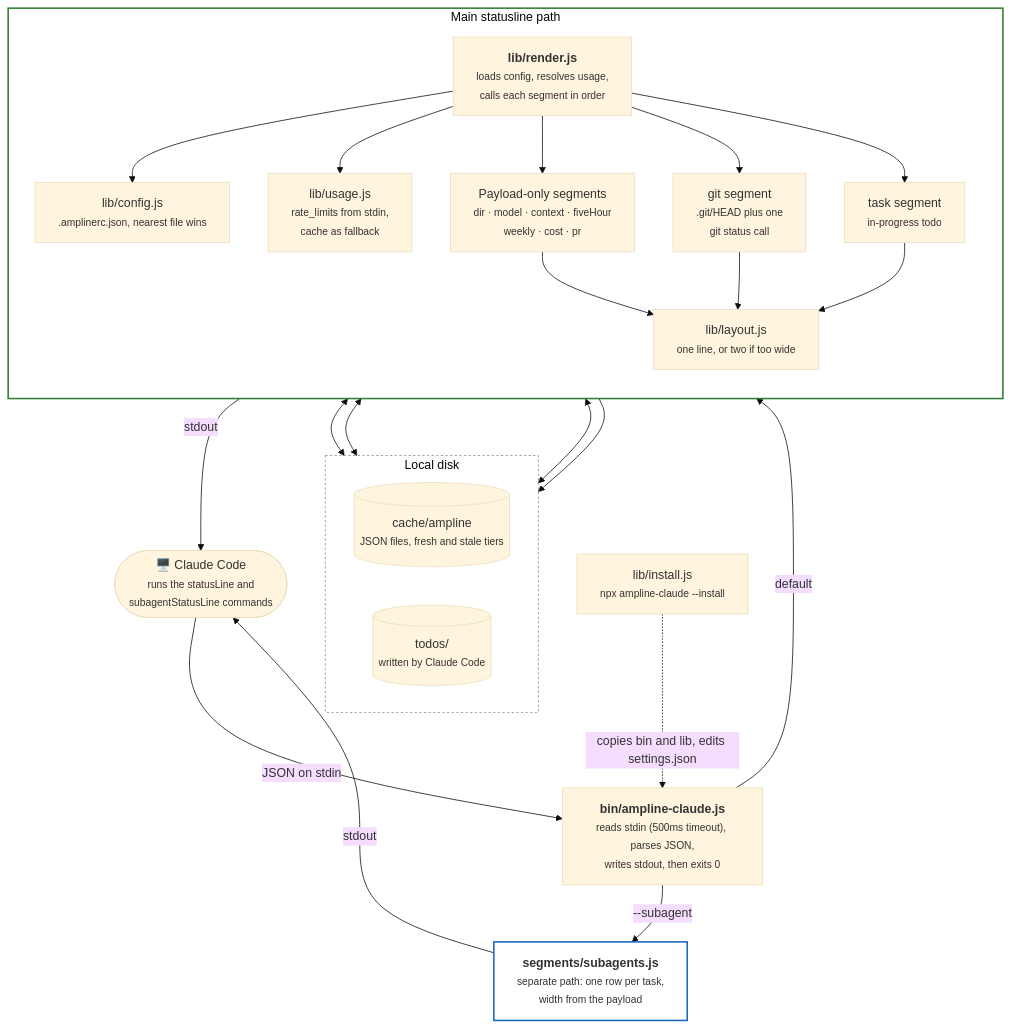
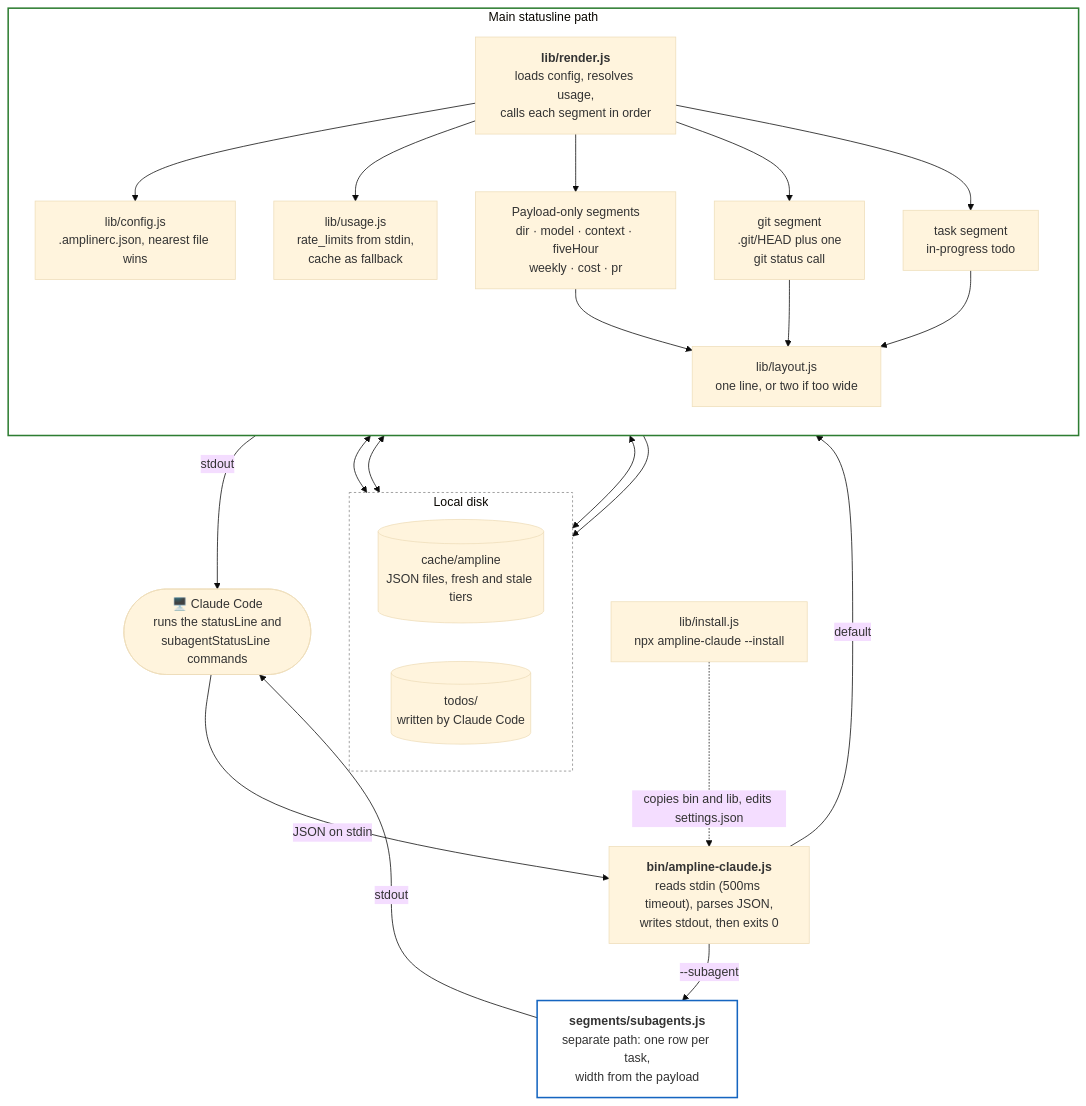
One commit to carterptull/ampline-claude changed the diagram in diagrams/overview.md. Above: the diagram before and after it, drawn with Mermaid (base theme).

Commit message:
docs: drop small tags from overview diagram to avoid clipped labels

````diff
--- a/diagrams/overview.md
+++ b/diagrams/overview.md
@@ -8,50 +8,50 @@
 ```mermaid
 flowchart TB
-    cc(["🖥️ Claude Code<br/><small>runs the statusLine and<br/>subagentStatusLine commands</small>"])
+    cc(["🖥️ Claude Code<br/>runs the statusLine and<br/>subagentStatusLine commands"])
 
-    bin["<b>bin/ampline-claude.js</b><br/><small>reads stdin (500ms timeout), parses JSON,<br/>writes stdout, then exits 0</small>"]
+    bin["<b>bin/ampline-claude.js</b><br/>reads stdin (500ms timeout), parses JSON,<br/>writes stdout, then exits 0"]
 
     subgraph main["Main statusline path"]
         direction TB
-        render["<b>lib/render.js</b><br/><small>loads config, resolves usage,<br/>calls each segment in order</small>"]
-        cfg["lib/config.js<br/><small>.amplinerc.json, nearest file wins</small>"]
-        usage["lib/usage.js<br/><small>rate_limits from stdin,<br/>cache as fallback</small>"]
-        pure["Payload-only segments<br/><small>dir · model · context · fiveHour<br/>weekly · cost · pr</small>"]
-        gitseg["git segment<br/><small>.git/HEAD plus one<br/>git status call</small>"]
-        taskseg["task segment<br/><small>in-progress todo</small>"]
-        layout["lib/layout.js<br/><small>one line, or two if too wide</small>"]
+        render["<b>lib/render.js</b><br/>loads config, resolves usage,<br/>calls each segment in order"]
+        cfg["lib/config.js<br/>.amplinerc.json, nearest file wins"]
+        usage["lib/usage.js<br/>rate_limits from stdin,<br/>cache as fallback"]
+        pure["Payload-only segments<br/>dir · model · context · fiveHour<br/>weekly · cost · pr"]
+        gitseg["git segment<br/>.git/HEAD plus one<br/>git status call"]
+        taskseg["task segment<br/>in-progress todo"]
+        layout["lib/layout.js<br/>one line, or two if too wide"]
     end
 
-    sub["<b>segments/subagents.js</b><br/><small>separate path: one row per task,<br/>width from the payload</small>"]
+    sub["<b>segments/subagents.js</b><br/>separate path: one row per task,<br/>width from the payload"]
 
     subgraph disk["Local disk"]
         direction LR
-        cache[("cache/ampline<br/><small>JSON files, fresh and stale tiers</small>")]
-        todos[("todos/<br/><small>written by Claude Code</small>")]
+        cache[("cache/ampline<br/>JSON files, fresh and stale tiers")]
+        todos[("todos/<br/>written by Claude Code")]
     end
 
-    inst["lib/install.js<br/><small>npx ampline-claude --install</small>"]
+    inst["lib/install.js<br/>npx ampline-claude --install"]
 
     cc -->|"JSON on stdin"| bin
     bin -->|"default"| render
     bin -->|"--subagent"| sub
     render --> cfg
     render --> usage
     render --> pure
     render --> gitseg
     render --> taskseg
     pure --> layout
     gitseg --> layout
     taskseg --> layout
     usage <--> cache
     gitseg <--> cache
     taskseg <--> cache
     taskseg --> todos
     layout -->|"stdout"| cc
     sub -->|"stdout"| cc
     inst -.->|"copies bin and lib, edits settings.json"| bin
 
     style main fill:transparent,stroke:#2E7D32,stroke-width:2px
     style disk fill:transparent,stroke:#888,stroke-width:1px,stroke-dasharray: 3 3
     style sub fill:transparent,stroke:#1565C0,stroke-width:2px
 ```
````
